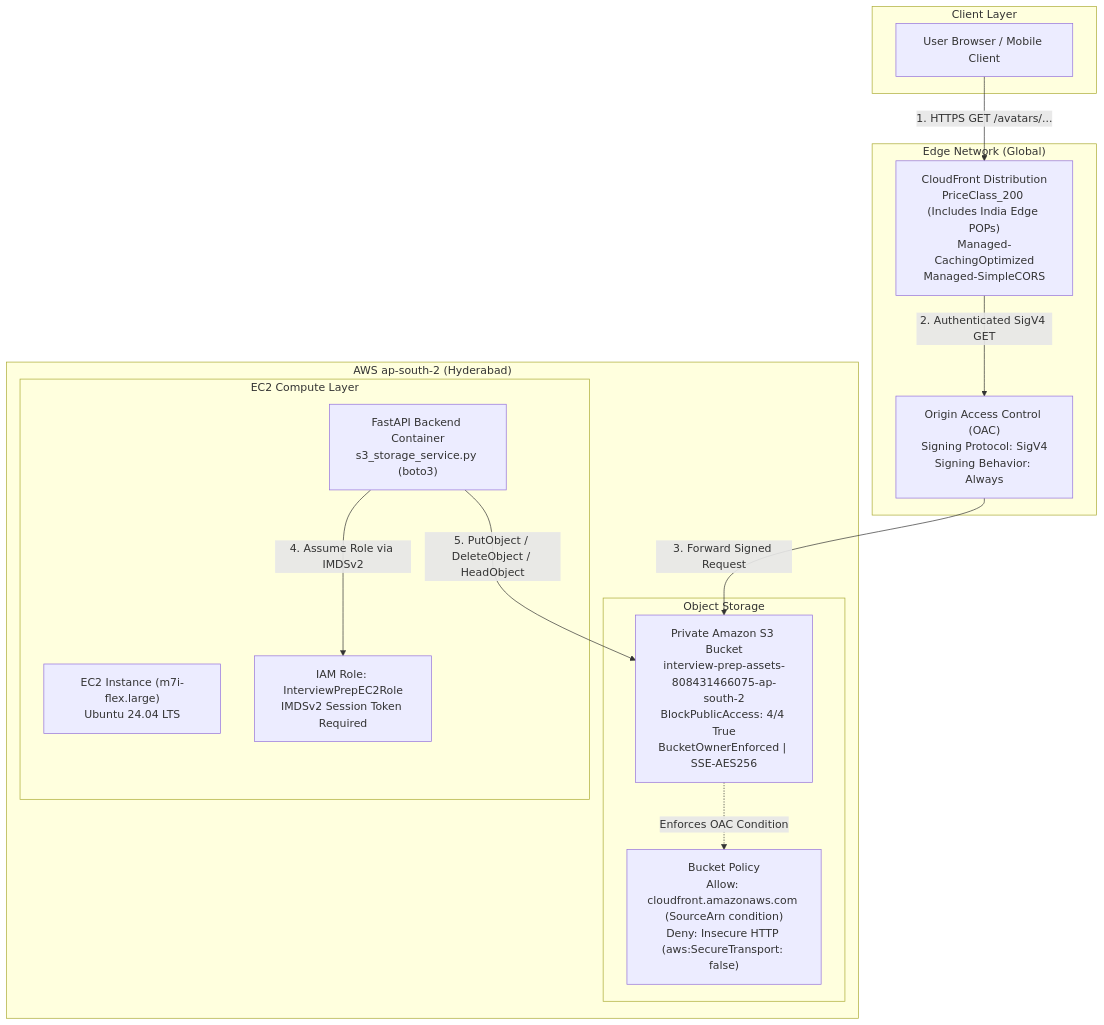
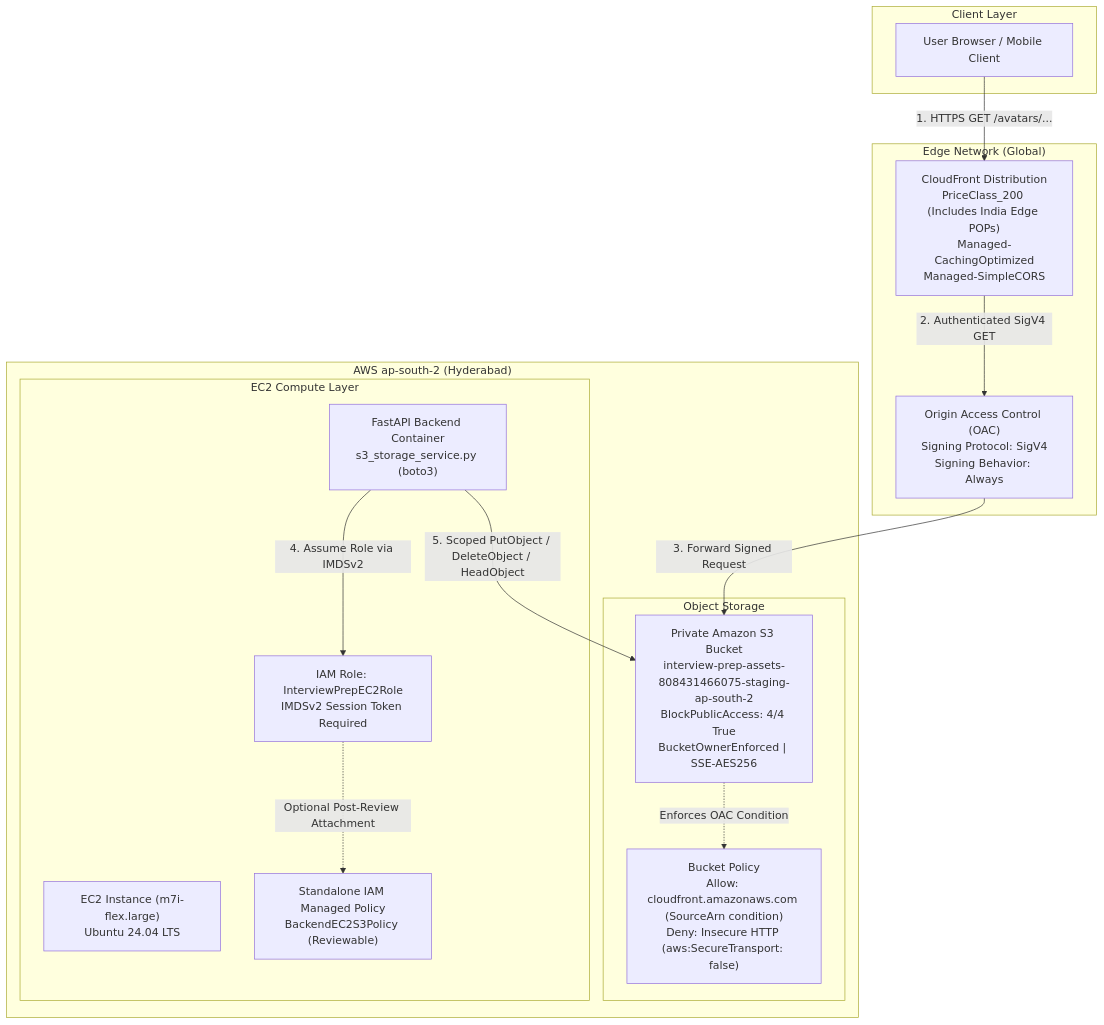
Before and after one commit to saicharanyadavalli/interview-prep: the diagram in interview-app/docs/migrations/aws-infrastructure.md, drawn with Mermaid. The commit also changed other lines of this file and 22 other files, not shown here.

````diff
--- a/interview-app/docs/migrations/aws-infrastructure.md
+++ b/interview-app/docs/migrations/aws-infrastructure.md
@@ -9,32 +9,34 @@
 ```mermaid
 flowchart TD
     subgraph Viewers["Client Layer"]
         Browser["User Browser / Mobile Client"]
     end
 
     subgraph CDN["Edge Network (Global)"]
         CF["CloudFront Distribution\nPriceClass_200 (Includes India Edge POPs)\nManaged-CachingOptimized\nManaged-SimpleCORS"]
         OAC["Origin Access Control (OAC)\nSigning Protocol: SigV4\nSigning Behavior: Always"]
     end
 
     subgraph AWS_Region["AWS ap-south-2 (Hyderabad)"]
         subgraph Storage["Object Storage"]
-            S3["Private Amazon S3 Bucket\ninterview-prep-assets-808431466075-ap-south-2\nBlockPublicAccess: 4/4 True\nBucketOwnerEnforced | SSE-AES256"]
+        S3["Private Amazon S3 Bucket\ninterview-prep-assets-808431466075-staging-ap-south-2\nBlockPublicAccess: 4/4 True\nBucketOwnerEnforced | SSE-AES256"]
             BucketPolicy["Bucket Policy\nAllow: cloudfront.amazonaws.com (SourceArn condition)\nDeny: Insecure HTTP (aws:SecureTransport: false)"]
         end
 
         subgraph Compute["EC2 Compute Layer"]
             EC2["EC2 Instance (m7i-flex.large)\nUbuntu 24.04 LTS"]
             IAM_Role["IAM Role: InterviewPrepEC2Role\nIMDSv2 Session Token Required"]
             FastAPI["FastAPI Backend Container\ns3_storage_service.py (boto3)"]
+            ManagedPolicy["Standalone IAM Managed Policy\nBackendEC2S3Policy (Reviewable)"]
         end
     end
 
     Browser -->|1. HTTPS GET /avatars/...| CF
     CF -->|2. Authenticated SigV4 GET| OAC
     OAC -->|3. Forward Signed Request| S3
     S3 -.->|Enforces OAC Condition| BucketPolicy
 
     FastAPI -->|4. Assume Role via IMDSv2| IAM_Role
-    FastAPI -->|5. PutObject / DeleteObject / HeadObject| S3
+    IAM_Role -.->|Optional Post-Review Attachment| ManagedPolicy
+    FastAPI -->|5. Scoped PutObject / DeleteObject / HeadObject| S3
 ```
````
